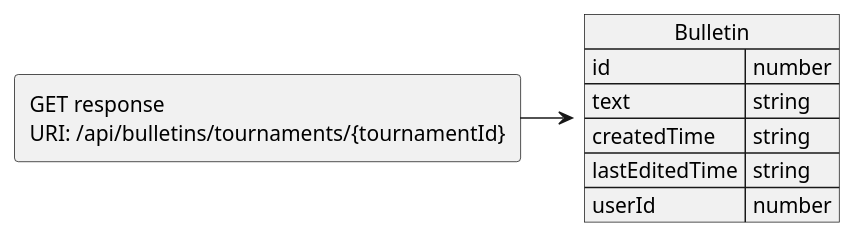
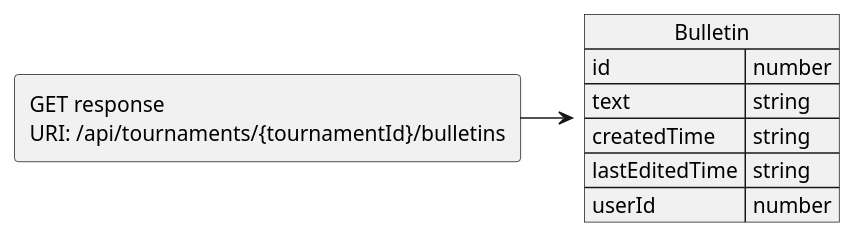
Before and after one commit to JKMN-Projects/TeamTactics: the diagram in docs/JSON Contracts/Responses/GetBulletin.puml, drawn with PlantUML. The commit also changed 15 other files, not shown here.

```diff
--- a/docs/JSON Contracts/Responses/GetBulletin.puml
+++ b/docs/JSON Contracts/Responses/GetBulletin.puml
@@ -1,14 +1,14 @@
 @startuml Get bulletin response
 allowmixing
 
-agent "GET response \nURI: /api/bulletins/tournaments/{tournamentId}"
+agent "GET response \nURI: /api/tournaments/{tournamentId}/bulletins"
   json "Bulletin" as J {
     "id": "number",
     "text": "string",
     "createdTime": "string",
     "lastEditedTime": "string",
     "userId": "number"
   }
 
-"GET response \nURI: /api/bulletins/tournaments/{tournamentId}" -> J 
+"GET response \nURI: /api/tournaments/{tournamentId}/bulletins" -> J 
 @enduml
```
